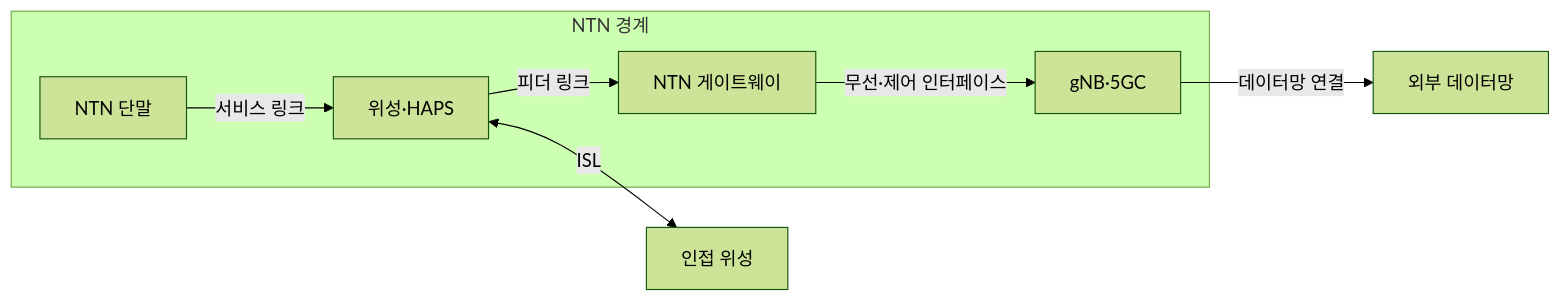
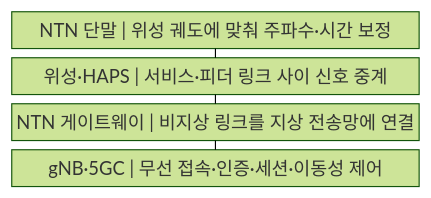
One commit to agnusdei1207/knowledge-base changed the first of 2 diagrams in src/content/docs/notes/04-network/044_non_terrestrial_network.md. Above: the diagram before and after it, drawn with Mermaid (forest theme). The commit also changed other lines of this file and 20 other files, not shown here.

````diff
--- a/src/content/docs/notes/04-network/044_non_terrestrial_network.md
+++ b/src/content/docs/notes/04-network/044_non_terrestrial_network.md
@@ -57,14 +57,11 @@
 ```mermaid
-flowchart LR
-    subgraph N[NTN 경계]
-        UE[NTN 단말]
-        SAT[위성·HAPS]
-        GW[NTN 게이트웨이]
-        CORE[gNB·5GC]
-        UE -->|서비스 링크| SAT
-        SAT -->|피더 링크| GW
-        GW -->|무선·제어 인터페이스| CORE
-    end
-    SAT <-->|ISL| PS[인접 위성]
-    CORE -->|데이터망 연결| DN[외부 데이터망]
+block
+    columns 1
+    A["NTN 단말 | 위성 궤도에 맞춰 주파수·시간 보정"]
+    B["위성·HAPS | 서비스·피더 링크 사이 신호 중계"]
+    C["NTN 게이트웨이 | 비지상 링크를 지상 전송망에 연결"]
+    D["gNB·5GC | 무선 접속·인증·세션·이동성 제어"]
+    A --- B
+    B --- C
+    C --- D
 ```
````
